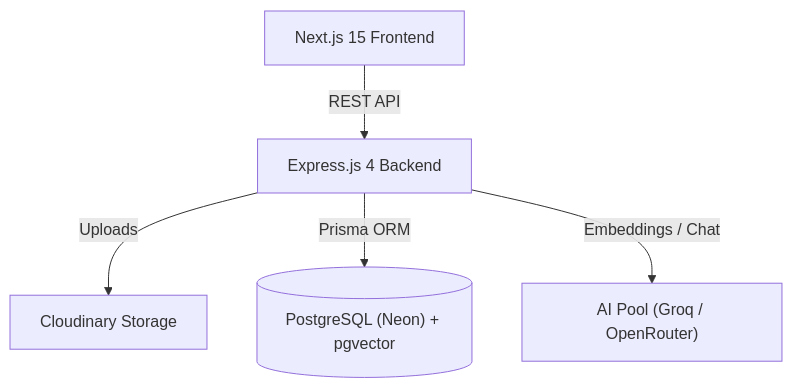
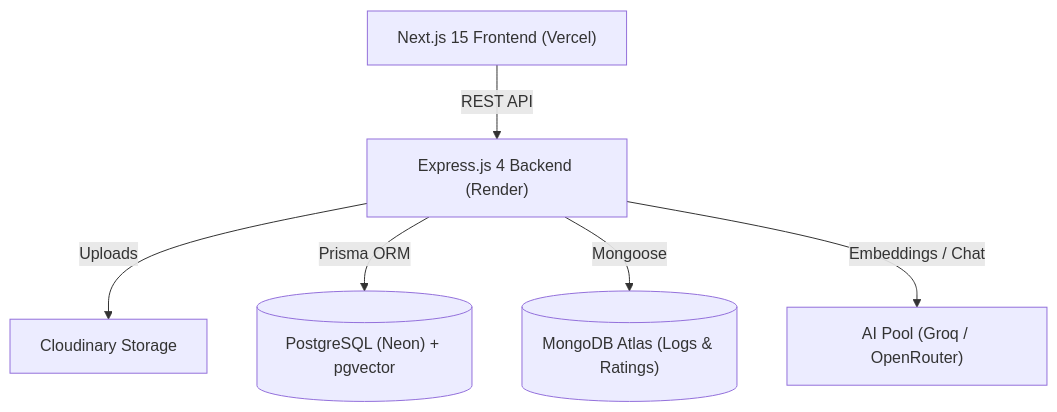
The first of 3 diagrams in README.md (blxckpxnther46/rag99), drawn with Mermaid before and after one commit. The commit also changed other lines of this file and 18 other files, not shown here.

Commit message:
feat: implement polyglot persistence (PostgreSQL + MongoDB), update docs, and prep for deployment

````diff
--- a/README.md
+++ b/README.md
@@ -19,7 +21,8 @@
 ```mermaid
 graph TD
-    Client["Next.js 15 Frontend"] -->|REST API| Server["Express.js 4 Backend"]
+    Client["Next.js 15 Frontend (Vercel)"] -->|REST API| Server["Express.js 4 Backend (Render)"]
     Server -->|Uploads| Cloudinary["Cloudinary Storage"]
-    Server -->|Prisma ORM| DB[("PostgreSQL (Neon) + pgvector")]
+    Server -->|Prisma ORM| PG[("PostgreSQL (Neon) + pgvector")]
+    Server -->|Mongoose| Mongo[("MongoDB Atlas (Logs & Ratings)")]
     Server -->|Embeddings / Chat| AI["AI Pool (Groq / OpenRouter)"]
 ```
````
